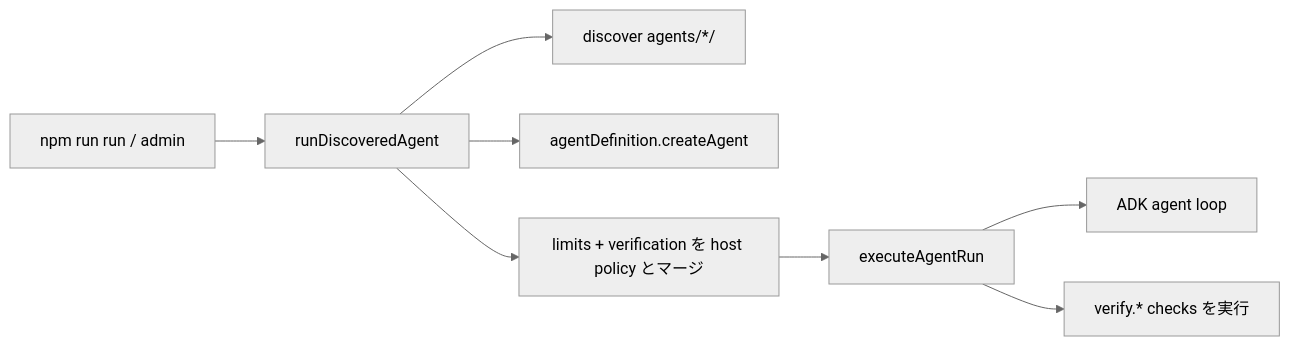
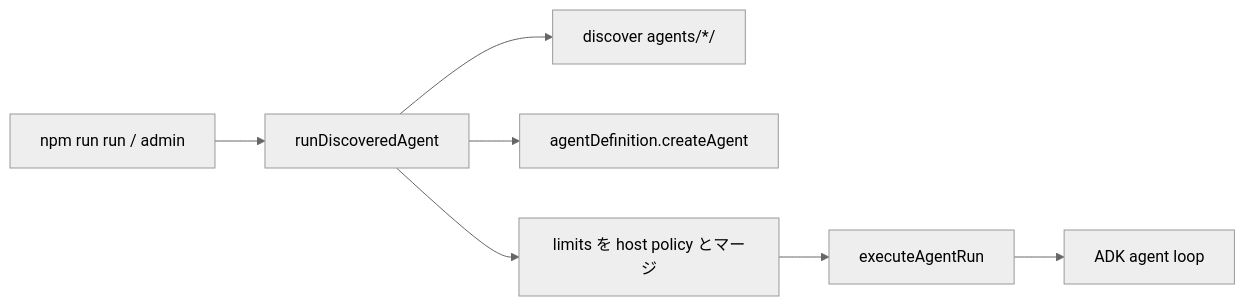
The diagram in docs/AGENT_PACKAGE.md (Fogrexon/agent-env), drawn with Mermaid (neutral theme) before and after one commit. The commit also changed other lines of this file and 98 other files, not shown here.

````diff
--- a/docs/AGENT_PACKAGE.md
+++ b/docs/AGENT_PACKAGE.md
@@ -19,10 +19,9 @@
 ```mermaid
 flowchart LR
   CLI["npm run run / admin"] --> RDA["runDiscoveredAgent"]
   RDA --> Disc["discover agents/*/"]
   RDA --> Build["agentDefinition.createAgent"]
-  RDA --> Merge["limits + verification を host policy とマージ"]
+  RDA --> Merge["limits を host policy とマージ"]
   Merge --> Exec["executeAgentRun"]
   Exec --> Agent["ADK agent loop"]
-  Exec --> Ver["verify.* checks を実行"]
 ```
````
